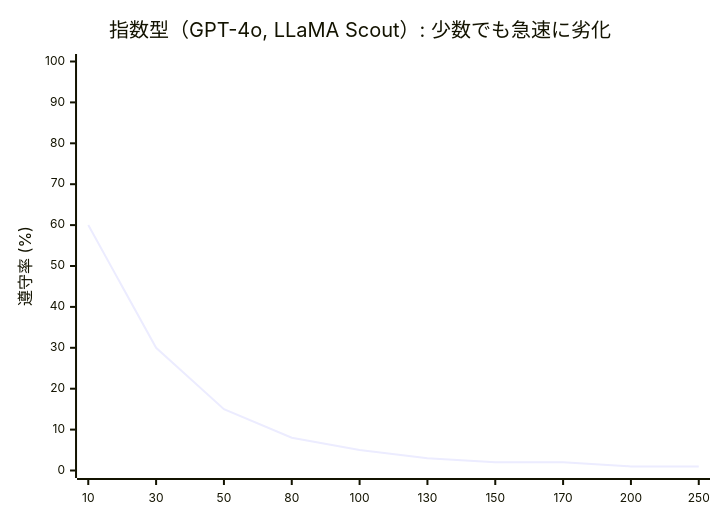
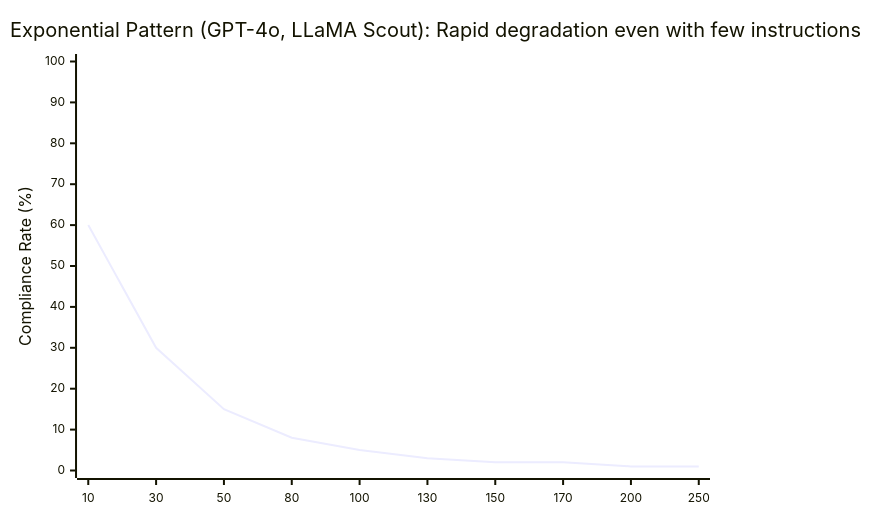
The third of 3 diagrams in docs/01-llm-structural-problems/priority-saturation.md (shuji-bonji/understanding-llm-through-claude-code), drawn with Mermaid before and after one commit. The commit also changed other lines of this file and 100 other files, not shown here.

````diff
--- a/docs/01-llm-structural-problems/priority-saturation.md
+++ b/docs/01-llm-structural-problems/priority-saturation.md
@@ -64,15 +66,15 @@
 ```mermaid
 ---
 config:
     xyChart:
         xAxis:
             labelFontSize: 12
         yAxis:
             labelFontSize: 12
 ---
 xychart
-    title "指数型（GPT-4o, LLaMA Scout）: 少数でも急速に劣化"
+    title "Exponential Pattern (GPT-4o, LLaMA Scout): Rapid degradation even with few instructions"
     x-axis ["10", "30", "50", "80", "100", "130", "150", "170", "200", "250"]
-    y-axis "遵守率 (%)" 0 --> 100
+    y-axis "Compliance Rate (%)" 0 --> 100
     line [60, 30, 15, 8, 5, 3, 2, 2, 1, 1]
 ```
````
